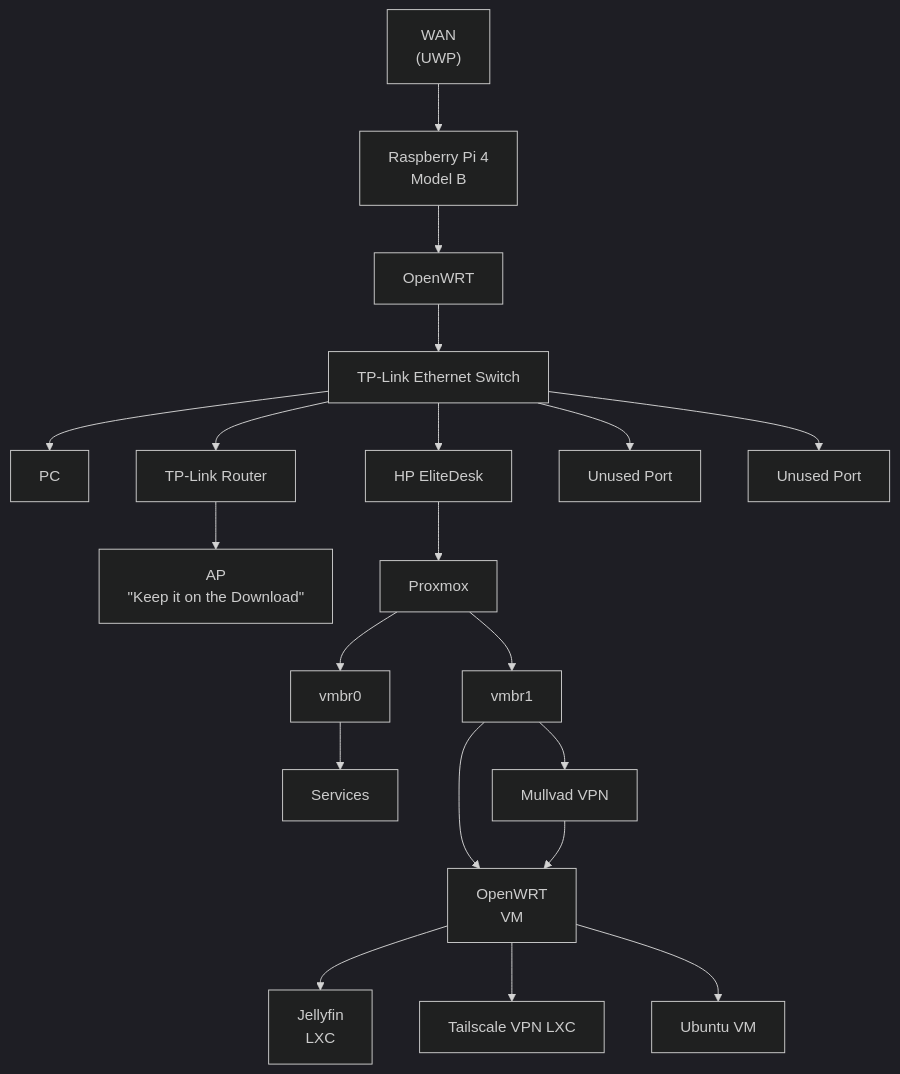
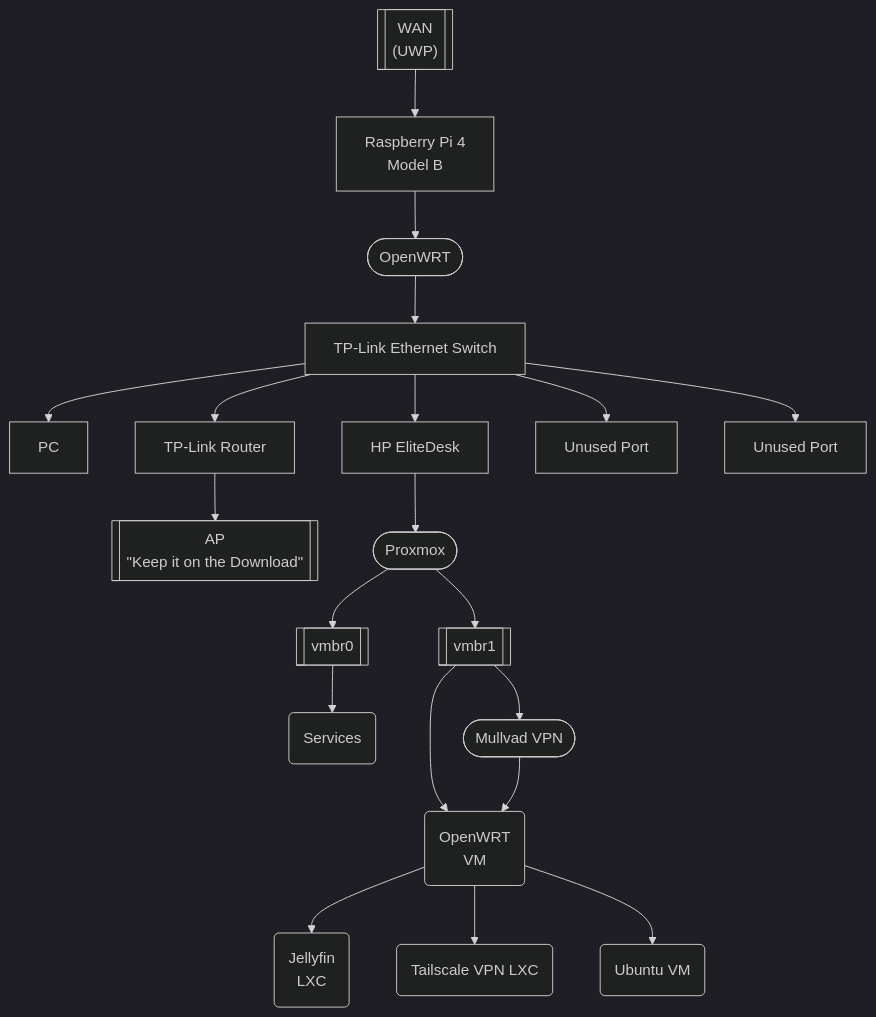
Before and after one commit to ALF188/homelab-docs: the diagram in docs/Networking/Networks.md, drawn with Mermaid (dark theme). The commit also changed 7 other files, not shown here.

````diff
--- a/docs/Networking/Networks.md
+++ b/docs/Networking/Networks.md
@@ -2,49 +2,49 @@
 ``` mermaid 
 flowchart TB
-    WAN["WAN<br/>(UWP)"]
+    WAN[["WAN<br/>(UWP)"]]
     PI["Raspberry Pi 4<br/>Model B"]
-    OPENWRT["OpenWRT"]
+    OPENWRT(["OpenWRT"])
     SWITCH["TP-Link Ethernet Switch"]
     PC["PC"]
     ROUTER["TP-Link Router"]
-    AP["AP<br/>&quot;Keep it on the Download&quot;"]
+    AP[["AP<br/>&quot;Keep it on the Download&quot;"]]
     HP["HP EliteDesk"]
     UNUSED1["Unused Port"]
     UNUSED2["Unused Port"]
-    PROXMOX["Proxmox"]
-    VMBR0["vmbr0"]
-    SERVICES["Services"]
-    VMBR1["vmbr1"]
-    MULLVAD["Mullvad VPN"]
-    OPENWRT_VM["OpenWRT<br/>VM"]
-    JELLYFIN["Jellyfin<br/>LXC"]
-    TAILSCALE["Tailscale VPN LXC"]
-    UBUNTU["Ubuntu VM"]
+    PROXMOX(["Proxmox"])
+    VMBR0[["vmbr0"]]
+    SERVICES("Services")
+    VMBR1[["vmbr1"]]
+    MULLVAD(["Mullvad VPN"])
+    OPENWRT_VM("OpenWRT<br/>VM")
+    JELLYFIN("Jellyfin<br/>LXC")
+    TAILSCALE("Tailscale VPN LXC")
+    UBUNTU("Ubuntu VM")
 
     WAN --> PI
     PI --> OPENWRT
     OPENWRT --> SWITCH
 
     SWITCH --> ROUTER
     SWITCH --> PC
     SWITCH --> HP
     SWITCH --> UNUSED1
     SWITCH --> UNUSED2
 
     ROUTER --> AP
     HP --> PROXMOX
 
     PROXMOX --> VMBR0
     PROXMOX --> VMBR1
 
     VMBR0 --> SERVICES
 
     VMBR1 --> OPENWRT_VM
     VMBR1 --> MULLVAD
 
     MULLVAD --> OPENWRT_VM
 
     OPENWRT_VM --> JELLYFIN
     OPENWRT_VM --> TAILSCALE
     OPENWRT_VM --> UBUNTU
 ```
````
